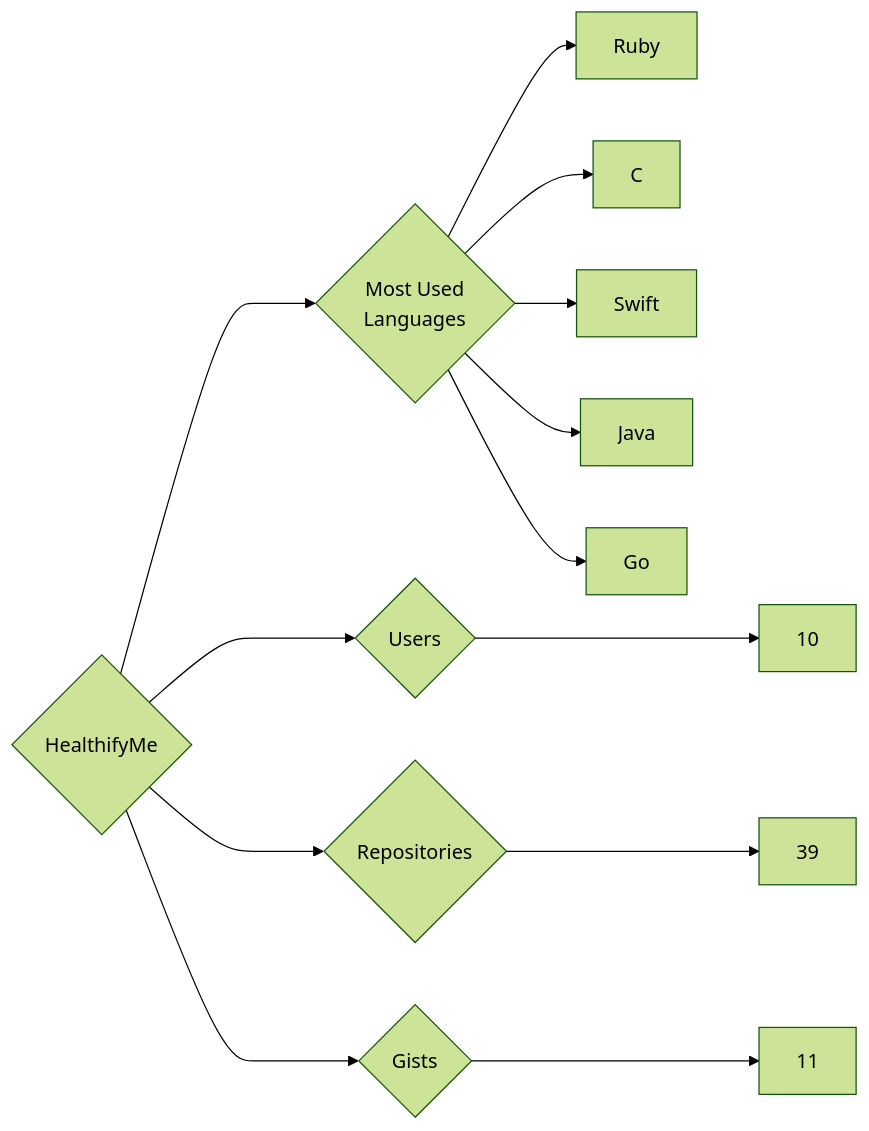
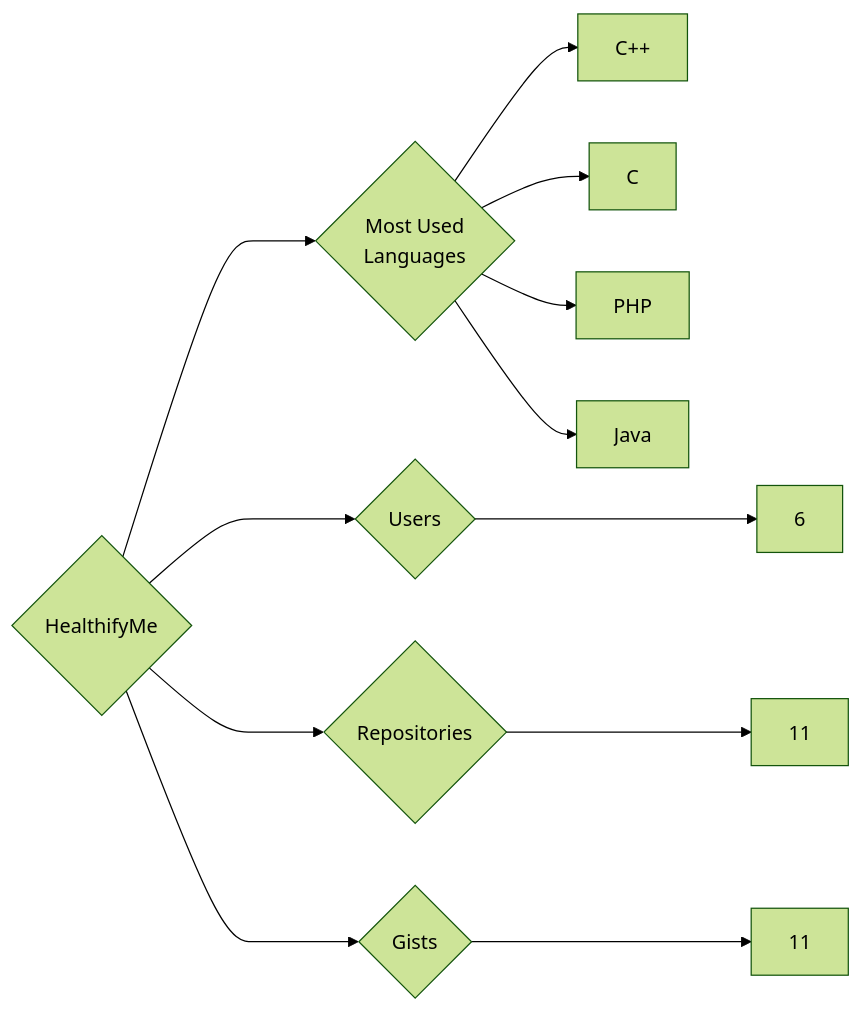
Before and after one commit to trickest/insiders: the diagram in targets/HealthifyMe/README.md, drawn with Mermaid (forest theme). The commit also changed 1055 other files, not shown here.

````diff
--- a/targets/HealthifyMe/README.md
+++ b/targets/HealthifyMe/README.md
@@ -3,13 +3,12 @@
 ```mermaid
 graph LR
 COMPANY_NAME{HealthifyMe}
-COMPANY_NAME ---> U{Users} ---> UN[10]
-COMPANY_NAME ---> R{Repositories} ---> RN[39]
+COMPANY_NAME ---> U{Users} ---> UN[6]
+COMPANY_NAME ---> R{Repositories} ---> RN[11]
 COMPANY_NAME ---> G{Gists} ---> GN[11]
 COMPANY_NAME ---> ML{Most Used<br>Languages}
-ML --> Ruby[Ruby]
+ML --> C++[C++]
 ML --> C[C]
-ML --> Swift[Swift]
+ML --> PHP[PHP]
 ML --> Java[Java]
-ML --> Go[Go]
 ```
````
